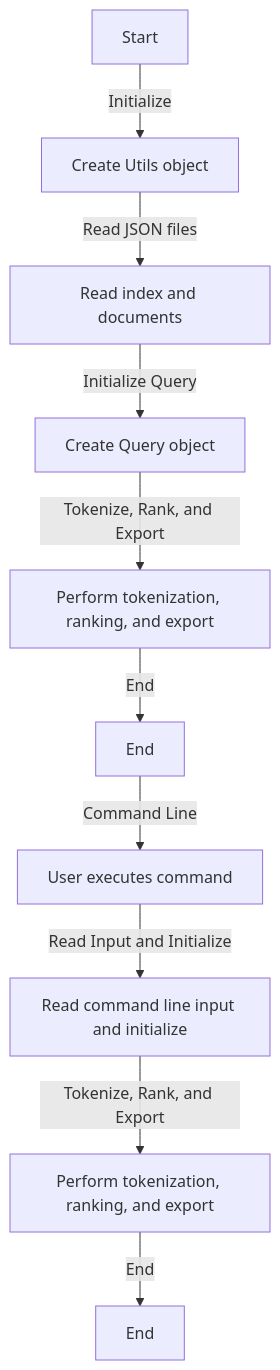
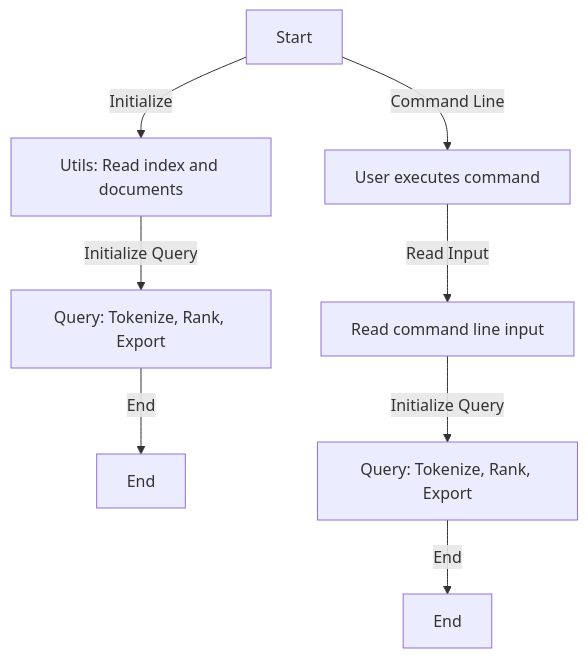
Before and after one commit to odi77/web-query-expansion: the diagram in README.md, drawn with Mermaid.

Commit message:
README update

````diff
--- a/README.md
+++ b/README.md
@@ -7,12 +7,11 @@
 ```mermaid
 graph TD;
-  A[Start] -->|Initialize| B[Create Utils object];
-  B -->|Read JSON files| C[Read index and documents];
-  C -->|Initialize Query| D[Create Query object];
-  D -->|Tokenize, Rank, and Export| E[Perform tokenization, ranking, and export];
-  E -->|End| F[End];
-  F -->|Command Line| G[User executes command];
-  G -->|Read Input and Initialize| H[Read command line input and initialize];
-  H -->|Tokenize, Rank, and Export| I[Perform tokenization, ranking, and export];
-  I -->|End| J[End];
+  A[Start] -->|Initialize| B[Utils: Read index and documents];
+  B -->|Initialize Query| C[Query: Tokenize, Rank, Export];
+  C -->|End| D[End];
+
+  A -->|Command Line| E[User executes command];
+  E -->|Read Input| F[Read command line input];
+  F -->|Initialize Query| G[Query: Tokenize, Rank, Export];
+  G -->|End| H[End];
 ```
````
